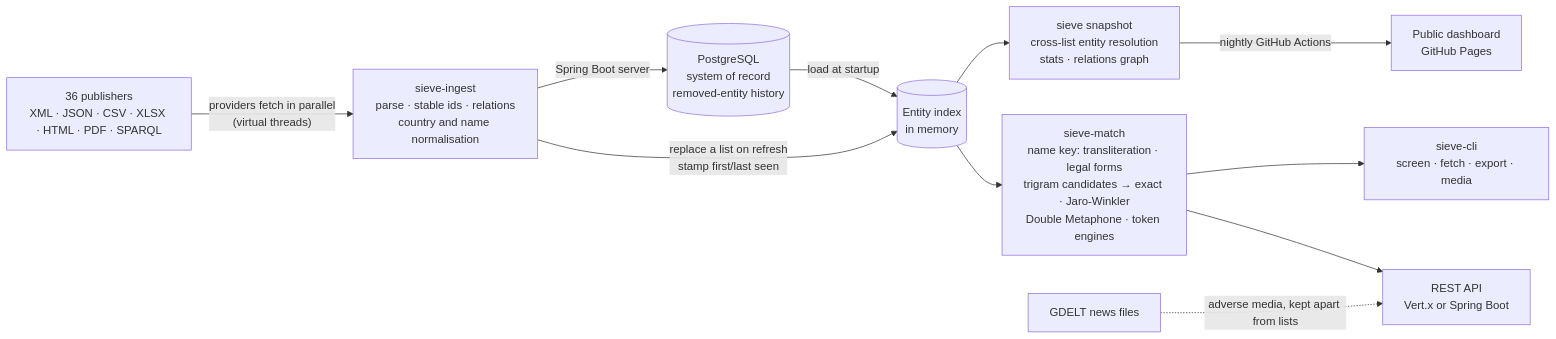
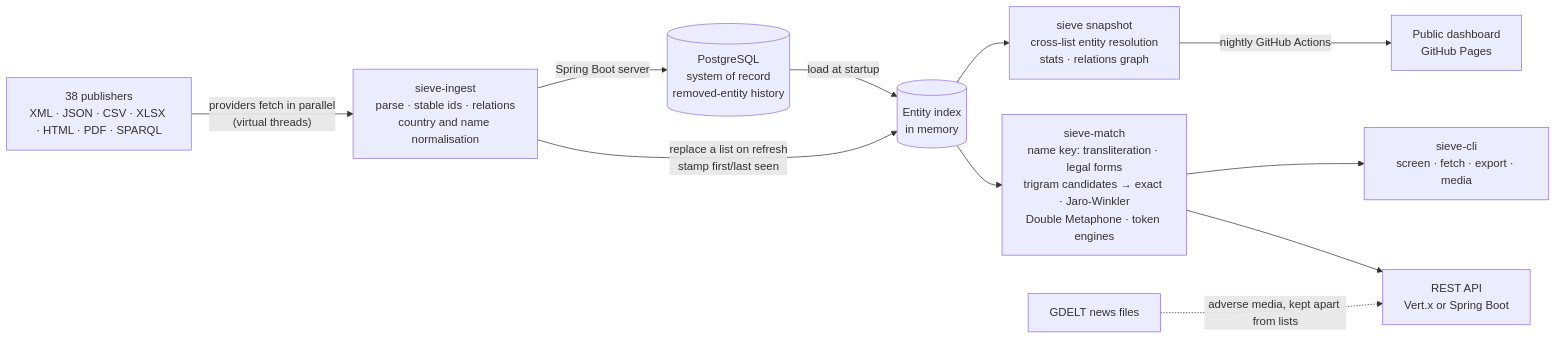
One commit to AbgarSim/sieve-aml changed the first of 2 diagrams in README.md. Above: the diagram before and after it, drawn with Mermaid. The commit also changed other lines of this file and 16 other files, not shown here.

````diff
--- a/README.md
+++ b/README.md
@@ -120,13 +122,13 @@
 ```mermaid
 flowchart LR
-    SRC["36 publishers<br/>XML · JSON · CSV · XLSX · HTML · PDF · SPARQL"] -->|"providers fetch in parallel<br/>(virtual threads)"| ING["sieve-ingest<br/>parse · stable ids · relations<br/>country and name normalisation"]
+    SRC["38 publishers<br/>XML · JSON · CSV · XLSX · HTML · PDF · SPARQL"] -->|"providers fetch in parallel<br/>(virtual threads)"| ING["sieve-ingest<br/>parse · stable ids · relations<br/>country and name normalisation"]
     ING -->|"replace a list on refresh<br/>stamp first/last seen"| IDX[("Entity index<br/>in memory")]
     ING -->|Spring Boot server| PG[("PostgreSQL<br/>system of record<br/>removed-entity history")]
     PG -->|load at startup| IDX
     IDX --> MATCH["sieve-match<br/>name key: transliteration · legal forms<br/>trigram candidates → exact · Jaro-Winkler<br/>Double Metaphone · token engines"]
     MATCH --> API["REST API<br/>Vert.x or Spring Boot"]
     MATCH --> CLI["sieve-cli<br/>screen · fetch · export · media"]
     IDX --> SNAP["sieve snapshot<br/>cross-list entity resolution<br/>stats · relations graph"]
     SNAP -->|nightly GitHub Actions| DASH["Public dashboard<br/>GitHub Pages"]
     GDELT["GDELT news files"] -.->|adverse media, kept apart from lists| API
 ```
````
